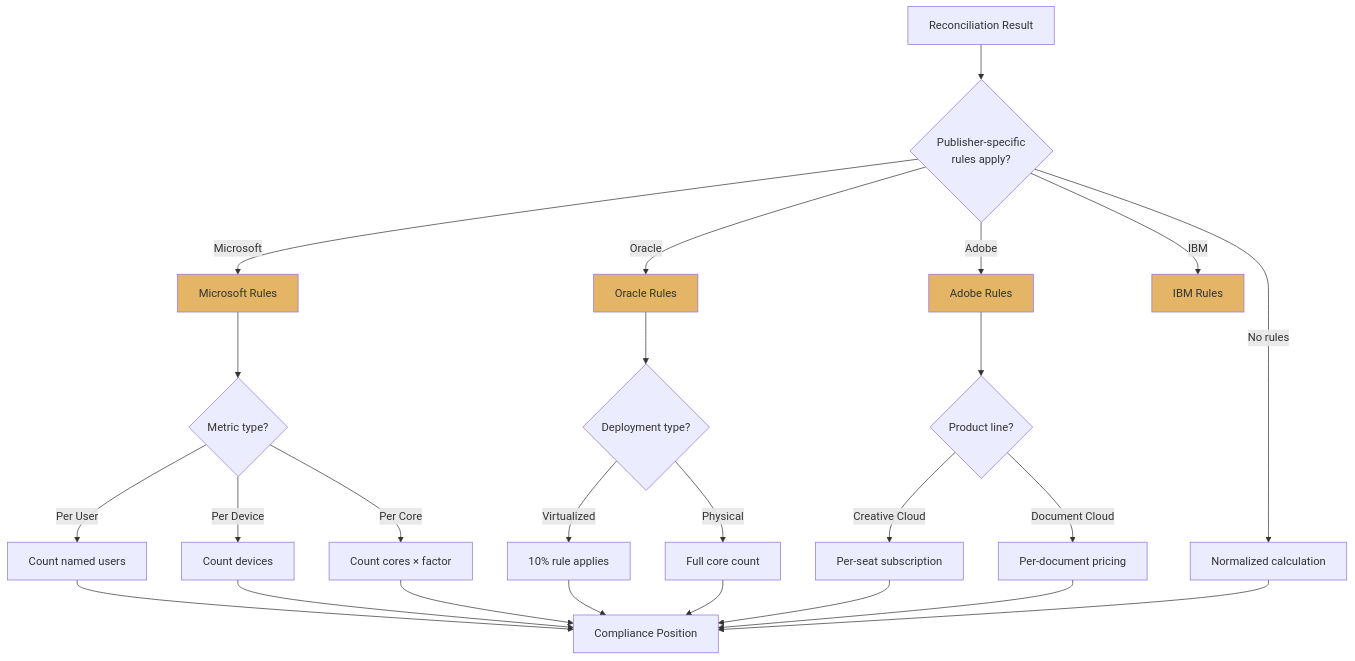
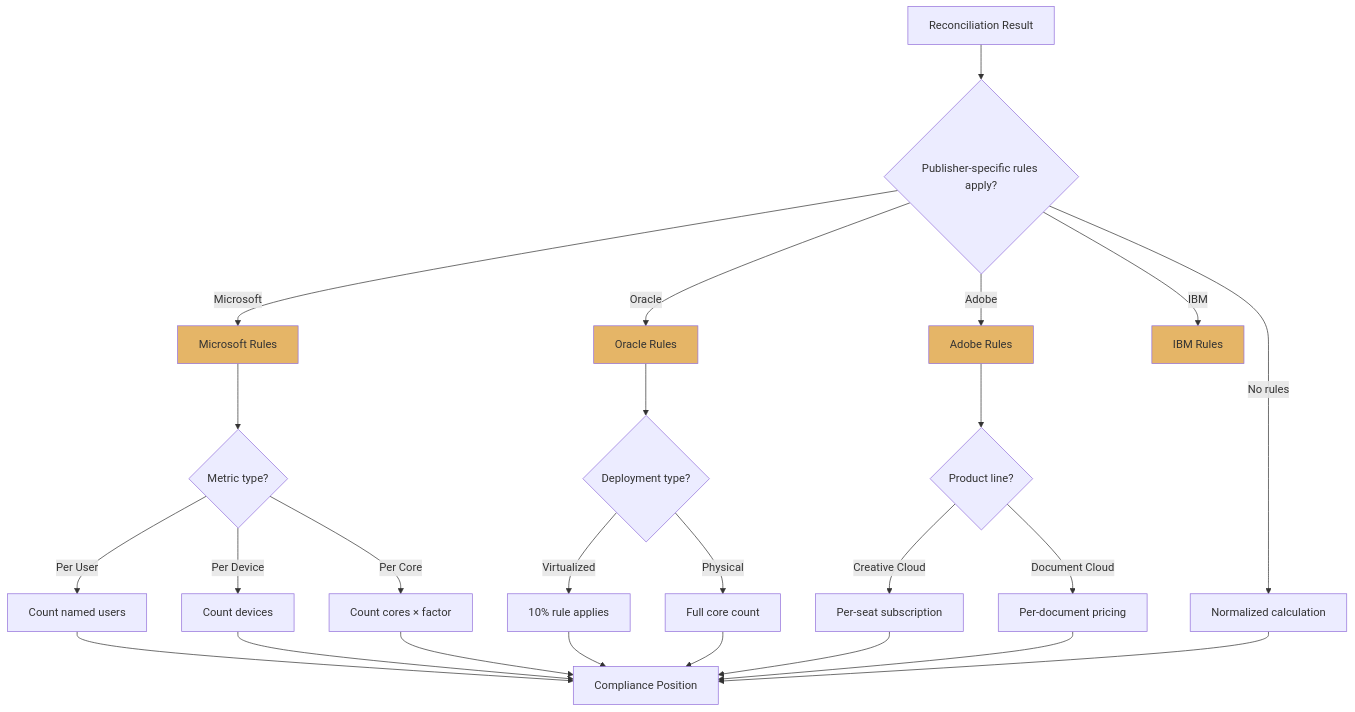
One commit to eltonaguiar/ServiceNow_Learning_TSOM-_CSM_FSM_SalesCRM_HAM_ITSM changed the fifth of 6 diagrams in docs/modules/sam/sam-guide.md. Above: the diagram before and after it, drawn with Mermaid. The commit also changed other lines of this file and 11 other files, not shown here.

First line of the commit message:
Fix all mermaid diagrams: remove br/ tags that break rendering on GitHub Pages

````diff
--- a/docs/modules/sam/sam-guide.md
+++ b/docs/modules/sam/sam-guide.md
@@ -346,37 +346,37 @@
 ```mermaid
 flowchart TD
-    START[Reconciliation Result] --> CHECK{Publisher-specific<br/>rules apply?}
+    START[Reconciliation Result] --> CHECK{Publisher-specific rules apply?}
     
     CHECK -->|Microsoft| MS[Microsoft Rules]
     CHECK -->|Oracle| ORA[Oracle Rules]
     CHECK -->|Adobe| ADO[Adobe Rules]
     CHECK -->|IBM| IBM[IBM Rules]
     CHECK -->|No rules| NORMAL[Normalized calculation]
     
     MS --> MS_RULES{Metric type?}
     MS_RULES -->|Per User| MS_USER[Count named users]
     MS_RULES -->|Per Device| MS_DEV[Count devices]
     MS_RULES -->|Per Core| MS_CORE[Count cores × factor]
     
     ORA --> ORA_RULES{Deployment type?}
     ORA_RULES -->|Virtualized| ORA_VIRT[10% rule applies]
     ORA_RULES -->|Physical| ORA_PHYS[Full core count]
     
     ADO --> ADO_RULES{Product line?}
     ADO_RULES -->|Creative Cloud| ADO_CC[Per-seat subscription]
     ADO_RULES -->|Document Cloud| ADO_DC[Per-document pricing]
     
     MS_USER --> FINAL[Compliance Position]
     MS_DEV --> FINAL
     MS_CORE --> FINAL
     ORA_VIRT --> FINAL
     ORA_PHYS --> FINAL
     ADO_CC --> FINAL
     ADO_DC --> FINAL
     NORMAL --> FINAL
     
     style MS fill:#e5b567
     style ORA fill:#e5b567
     style ADO fill:#e5b567
     style IBM fill:#e5b567
 ```
````
